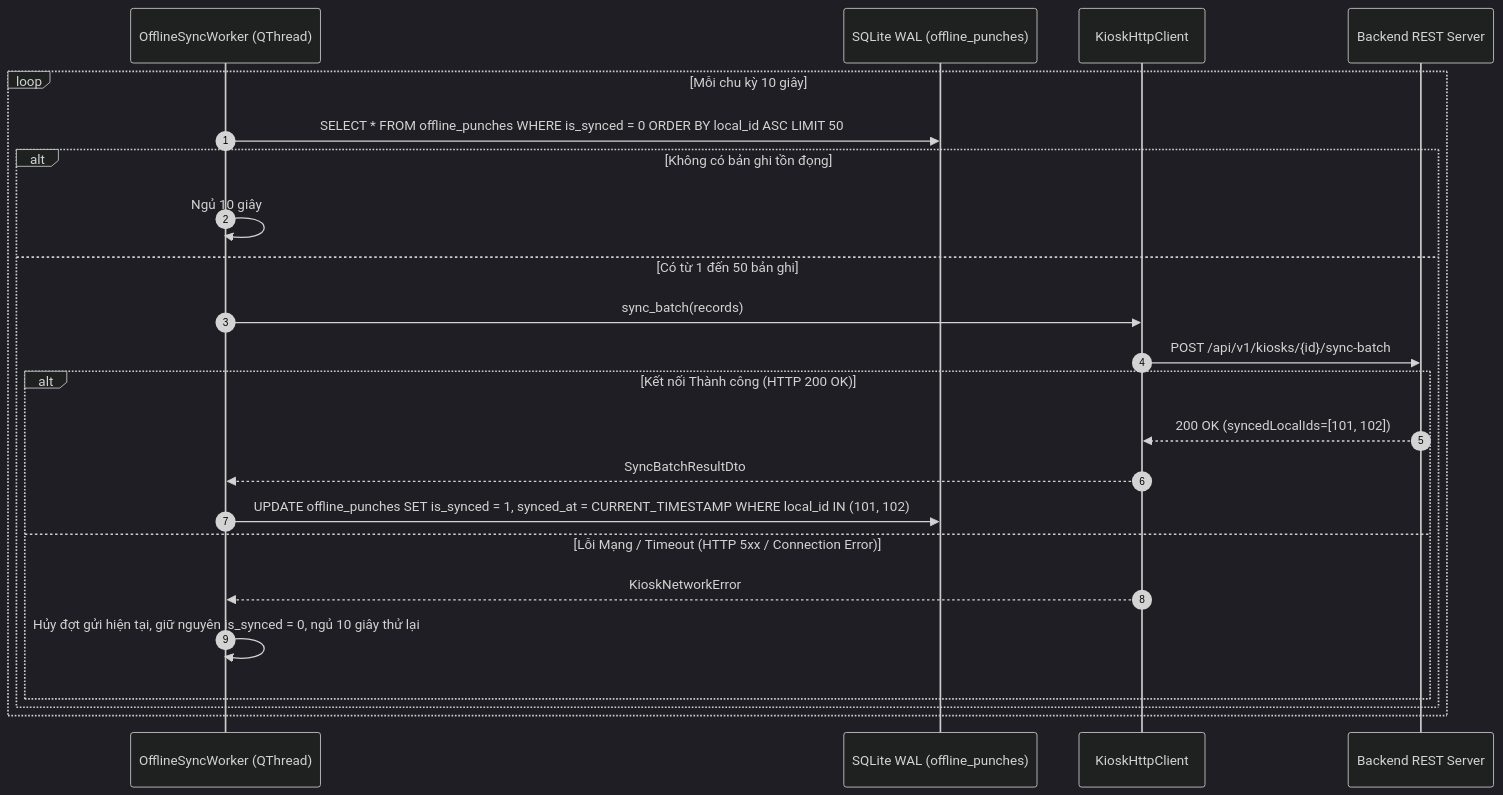
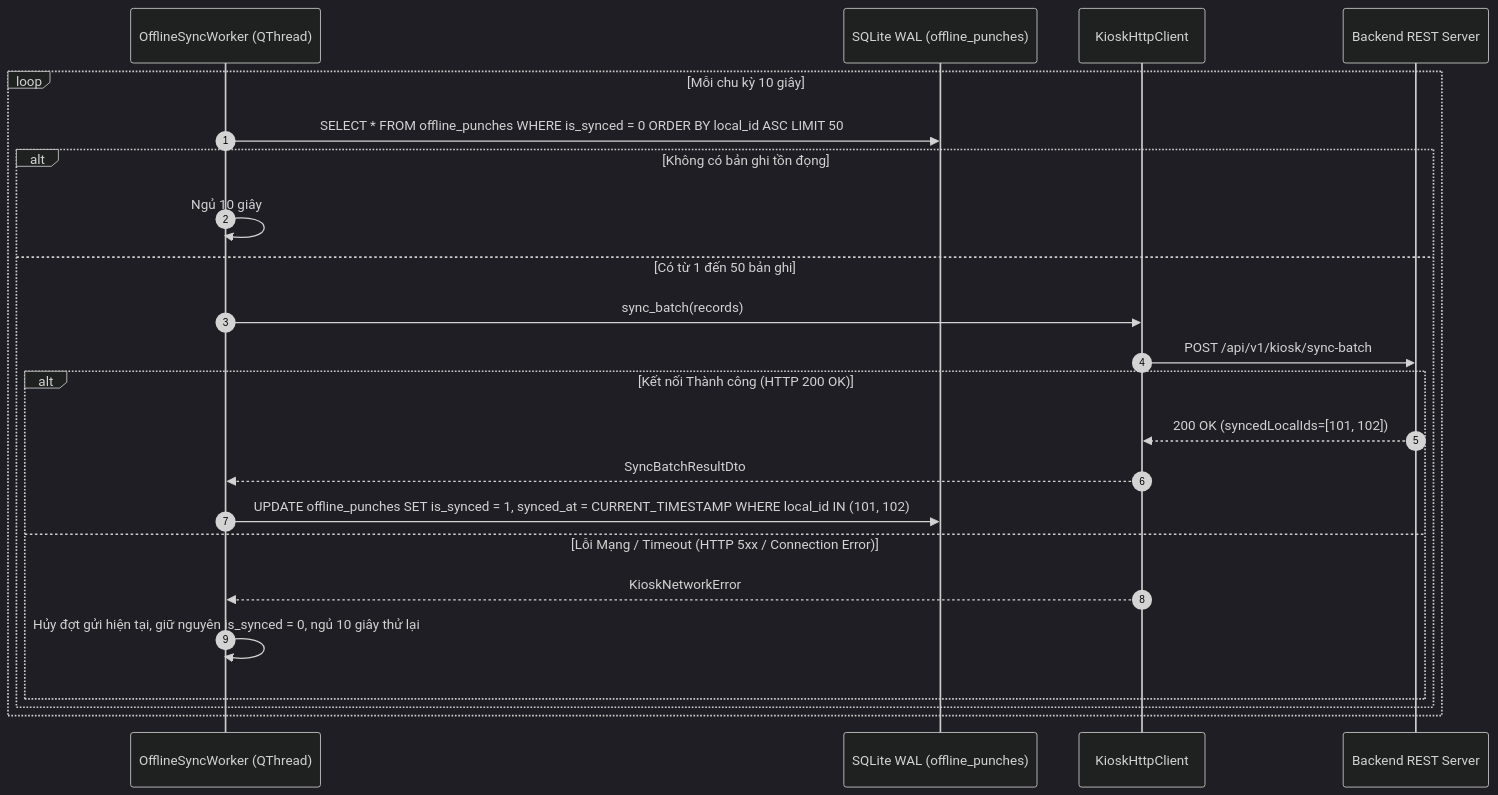
Before and after one commit to nvdung250405/face-attendance-system: the third of 3 diagrams in docs/subsystem-docs/kiosk-app/specs/api.md, drawn with Mermaid (dark theme). The commit also changed other lines of this file and 6 other files, not shown here.

Commit message:
docs(api): synchronize API specifications across backend, kiosk, and web portal

````diff
--- a/docs/subsystem-docs/kiosk-app/specs/api.md
+++ b/docs/subsystem-docs/kiosk-app/specs/api.md
@@ -483,26 +484,26 @@
 ```mermaid
 sequenceDiagram
     autonumber
     participant Worker as OfflineSyncWorker (QThread)
     participant DB as SQLite WAL (offline_punches)
     participant Client as KioskHttpClient
     participant Backend as Backend REST Server
 
     loop Mỗi chu kỳ 10 giây
         Worker->>DB: SELECT * FROM offline_punches WHERE is_synced = 0 ORDER BY local_id ASC LIMIT 50
         alt Không có bản ghi tồn đọng
             Worker->>Worker: Ngủ 10 giây
         else Có từ 1 đến 50 bản ghi
             Worker->>Client: sync_batch(records)
-            Client->>Backend: POST /api/v1/kiosks/{id}/sync-batch
+            Client->>Backend: POST /api/v1/kiosk/sync-batch
             alt Kết nối Thành công (HTTP 200 OK)
                 Backend-->>Client: 200 OK (syncedLocalIds=[101, 102])
                 Client-->>Worker: SyncBatchResultDto
                 Worker->>DB: UPDATE offline_punches SET is_synced = 1, synced_at = CURRENT_TIMESTAMP WHERE local_id IN (101, 102)
             else Lỗi Mạng / Timeout (HTTP 5xx / Connection Error)
                 Client-->>Worker: KioskNetworkError
                 Worker->>Worker: Hủy đợt gửi hiện tại, giữ nguyên is_synced = 0, ngủ 10 giây thử lại
             end
         end
     end
 ```
````
